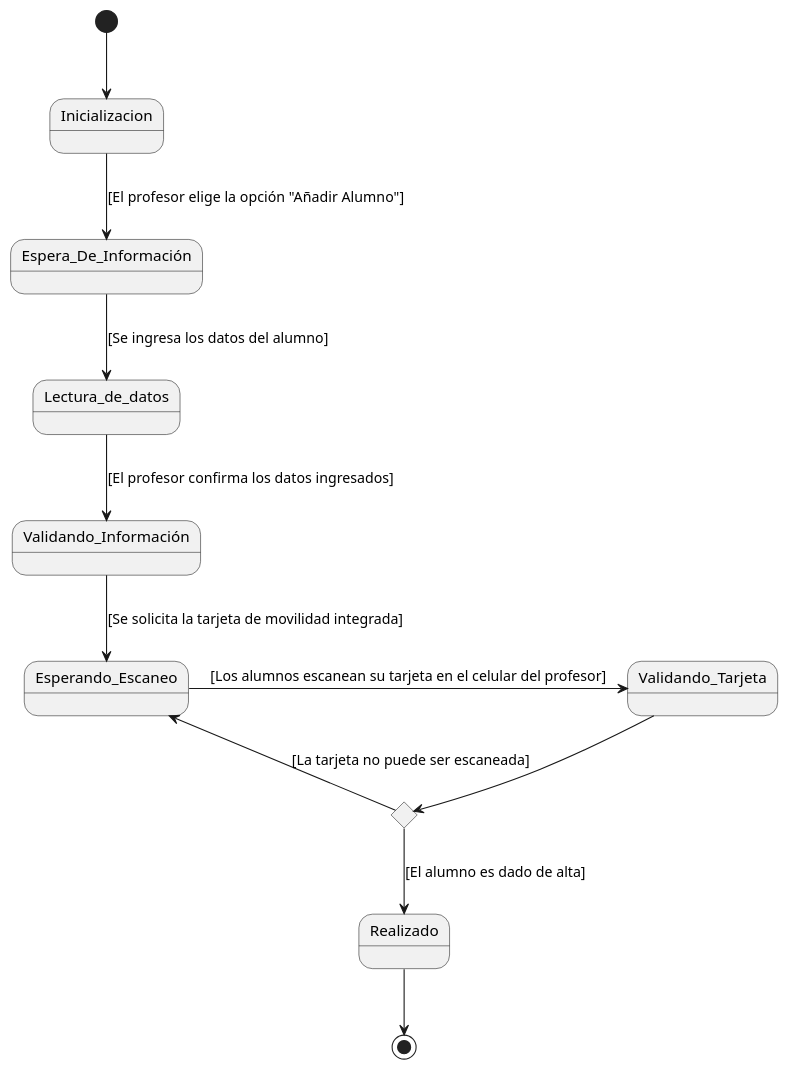
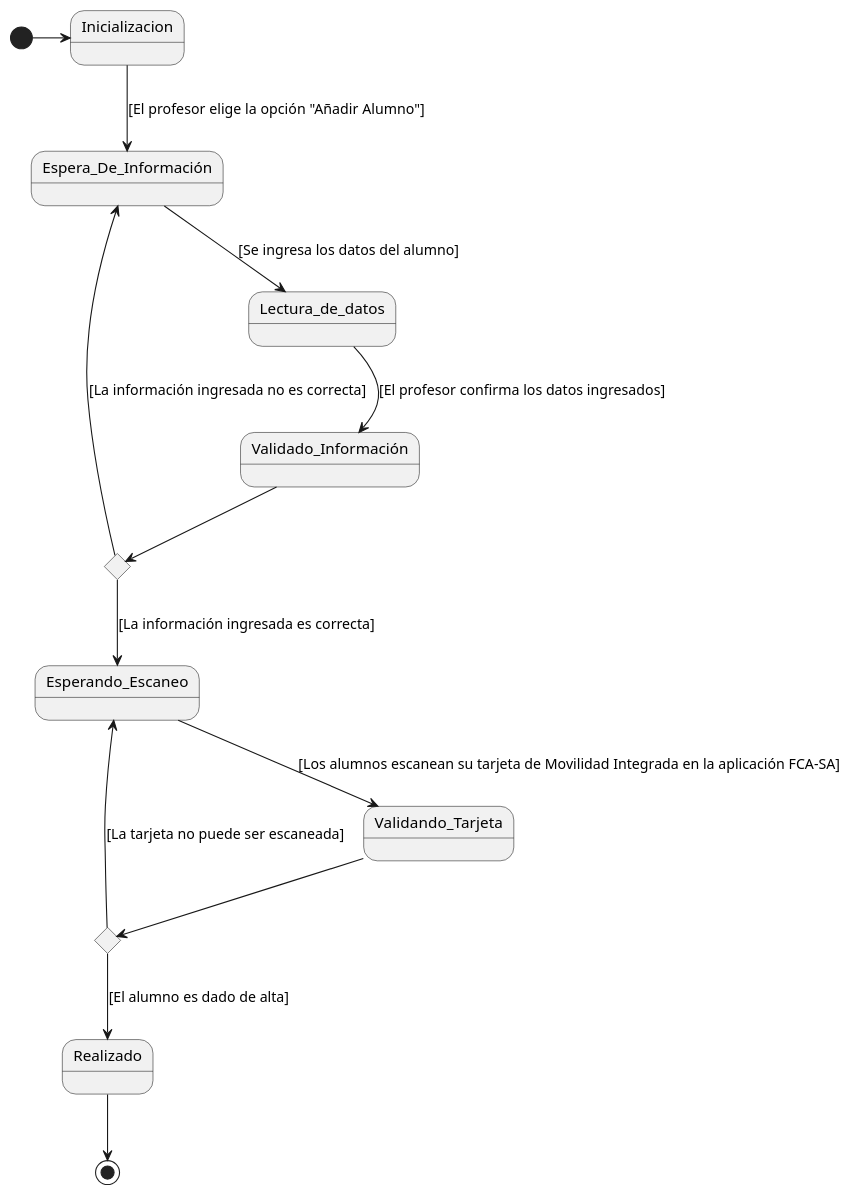
The diagram in Diseño/06_design/Diagrama_de_Estados/DE_002.puml (AngelGabriel02/Proyecto-Sistemas), drawn with PlantUML before and after one commit. The commit also changed 7 other files, not shown here.

```diff
--- a/Diseño/06_design/Diagrama_de_Estados/DE_002.puml
+++ b/Diseño/06_design/Diagrama_de_Estados/DE_002.puml
@@ -1,27 +1,21 @@
 @startuml DE_002
 
-
+state c <<choice>>
 state c1 <<choice>>
 
+[*] -> Inicializacion
+Inicializacion --> Espera_De_Información : [El profesor elige la opción "Añadir Alumno"]
+Espera_De_Información --> Lectura_de_datos : [Se ingresa los datos del alumno]
+Lectura_de_datos --> Validado_Información : [El profesor confirma los datos ingresados]
 
-[*] -down-> Inicializacion
+Validado_Información --> c
+c --> Espera_De_Información : [La información ingresada no es correcta]
 
-Inicializacion -down-> Espera_De_Información : [El profesor elige la opción "Añadir Alumno"]
-
-Espera_De_Información -down-> Lectura_de_datos : [Se ingresa los datos del alumno]
-
-Lectura_de_datos -down-> Validando_Información : [El profesor confirma los datos ingresados]
-
-Validando_Información -down-> Esperando_Escaneo : [Se solicita la tarjeta de movilidad integrada]
-
-Esperando_Escaneo -> Validando_Tarjeta : [Los alumnos escanean su tarjeta en el celular del profesor]
-
-Validando_Tarjeta -down-> c1
- 
-c1 -down-> Esperando_Escaneo : [La tarjeta no puede ser escaneada]
-
-c1 -down-> Realizado : [El alumno es dado de alta]
-
-Realizado -down-> [*]
+c --> Esperando_Escaneo : [La información ingresada es correcta]
+Esperando_Escaneo --> Validando_Tarjeta : [Los alumnos escanean su tarjeta de Movilidad Integrada en la aplicación FCA-SA]
+Validando_Tarjeta --> c1
+c1 --> Esperando_Escaneo : [La tarjeta no puede ser escaneada]
+c1 --> Realizado : [El alumno es dado de alta]
+Realizado --> [*]
 
 @enduml
```
